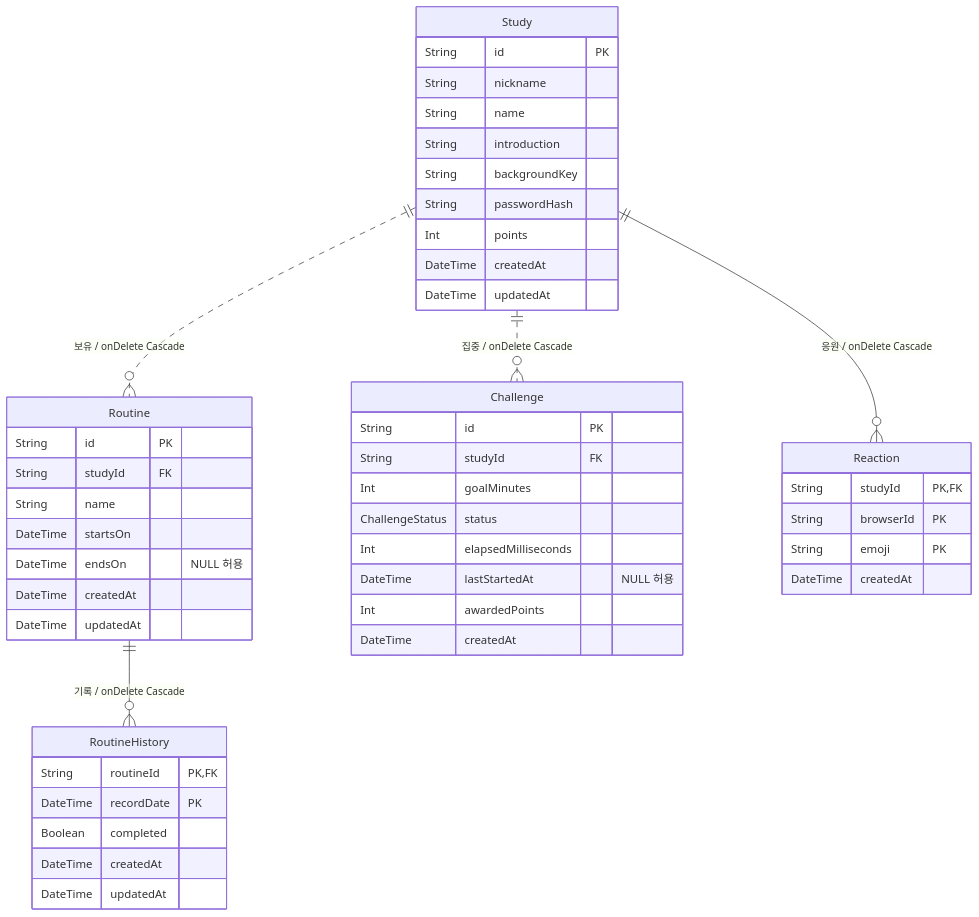
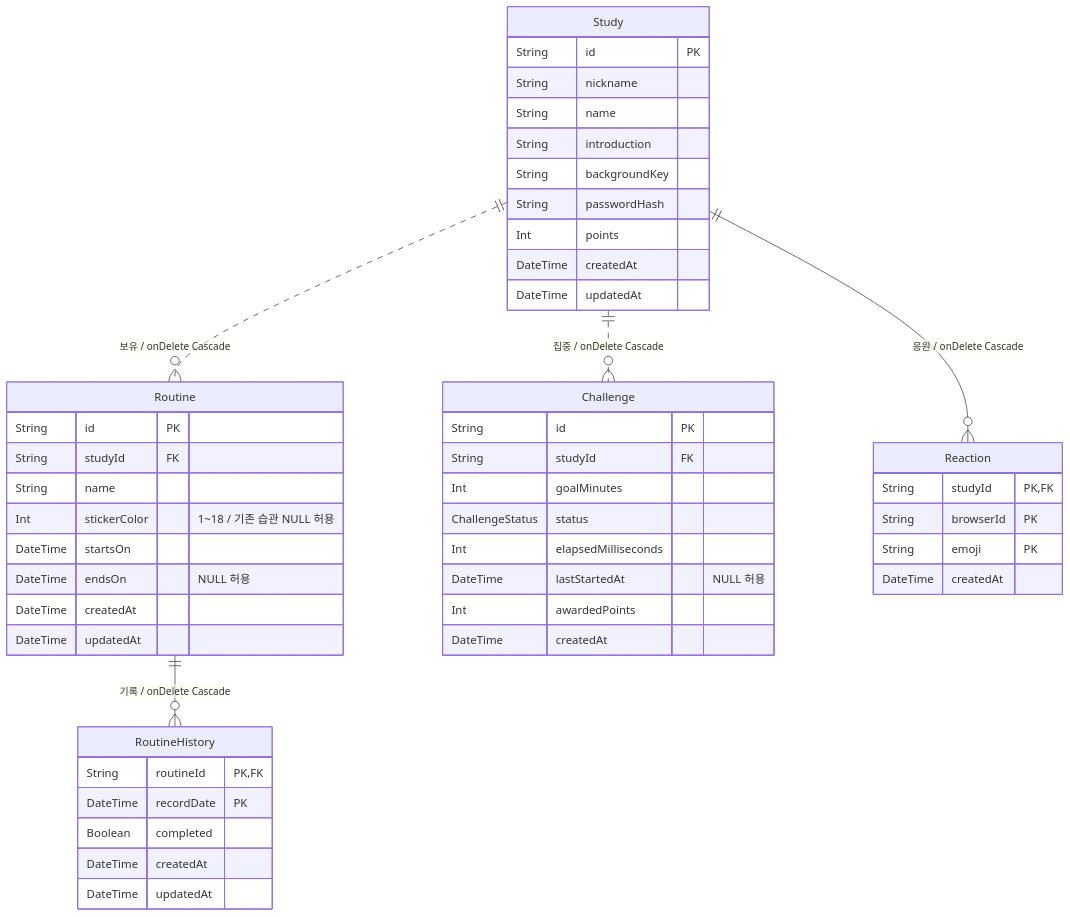
One commit to codeit-fs-16-part2-team1/forest-of-study changed the first of 2 diagrams in docs/DB.md. Above: the diagram before and after it, drawn with Mermaid. The commit also changed other lines of this file and 19 other files, not shown here.

````diff
--- a/docs/DB.md
+++ b/docs/DB.md
@@ -41,50 +41,51 @@
 ```mermaid
 erDiagram
     Study ||..o{ Routine : "보유 / onDelete Cascade"
     Routine ||--o{ RoutineHistory : "기록 / onDelete Cascade"
     Study ||..o{ Challenge : "집중 / onDelete Cascade"
     Study ||--o{ Reaction : "응원 / onDelete Cascade"
     Study {
         String id PK
         String nickname
         String name
         String introduction
         String backgroundKey
         String passwordHash
         Int points
         DateTime createdAt
         DateTime updatedAt
     }
     Routine {
         String id PK
         String studyId FK
         String name
+        Int stickerColor "1~18 / 기존 습관 NULL 허용"
         DateTime startsOn
         DateTime endsOn "NULL 허용"
         DateTime createdAt
         DateTime updatedAt
     }
     RoutineHistory {
         String routineId PK,FK
         DateTime recordDate PK
         Boolean completed
         DateTime createdAt
         DateTime updatedAt
     }
     Challenge {
         String id PK
         String studyId FK
         Int goalMinutes
         ChallengeStatus status
         Int elapsedMilliseconds
         DateTime lastStartedAt "NULL 허용"
         Int awardedPoints
         DateTime createdAt
     }
     Reaction {
         String studyId PK,FK
         String browserId PK
         String emoji PK
         DateTime createdAt
     }
 ```
````
